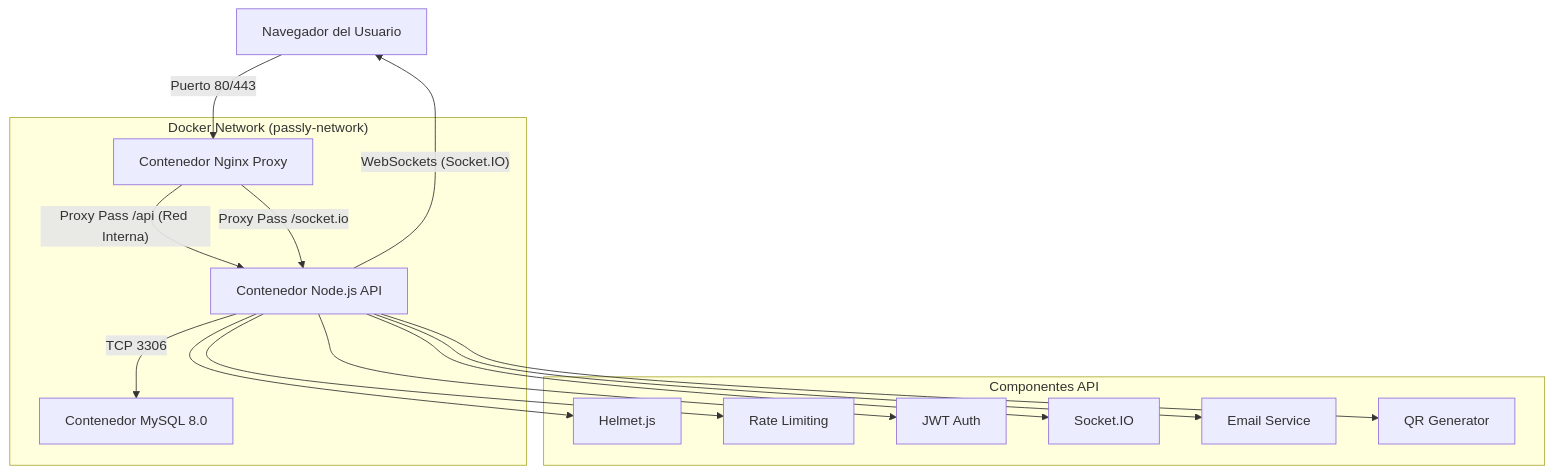
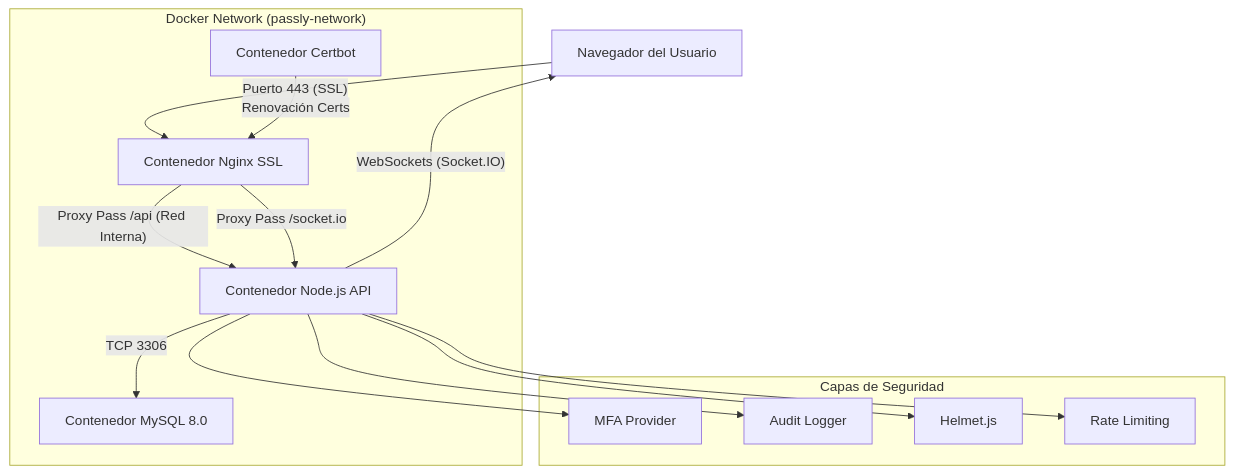
The third of 5 diagrams in docs/02_DIAGRAMAS_SISTEMA.md (islanys31/Passly), drawn with Mermaid before and after one commit. The commit also changed other lines of this file and 5 other files, not shown here.

Commit message:
docs: actualizacion final de diagramas y manuales integrando SSL, MFA y Auditoria

````diff
--- a/docs/02_DIAGRAMAS_SISTEMA.md
+++ b/docs/02_DIAGRAMAS_SISTEMA.md
@@ -124,21 +141,21 @@
 ```mermaid
 graph TD
-    Client[Navegador del Usuario] -- "Puerto 80/443" --> Nginx[Contenedor Nginx Proxy]
+    Client[Navegador del Usuario] -- "Puerto 443 (SSL)" --> Nginx[Contenedor Nginx SSL]
     Nginx -- "Proxy Pass /api (Red Interna)" --> API[Contenedor Node.js API]
     Nginx -- "Proxy Pass /socket.io" --> API
+    Certbot[Contenedor Certbot] -- "Renovación Certs" --> Nginx
     API -- "TCP 3306" --> DB[Contenedor MySQL 8.0]
     API -- "WebSockets (Socket.IO)" --> Client
     subgraph "Docker Network (passly-network)"
         Nginx
         API
         DB
+        Certbot
     end
-    subgraph "Componentes API"
+    subgraph "Capas de Seguridad"
+        API --> MFA[MFA Provider]
+        API --> Audit[Audit Logger]
         API --> Helmet[Helmet.js]
         API --> RateLimit[Rate Limiting]
-        API --> JWT[JWT Auth]
-        API --> SocketIO[Socket.IO]
-        API --> Nodemailer[Email Service]
-        API --> QRCode[QR Generator]
     end
 ```
````
